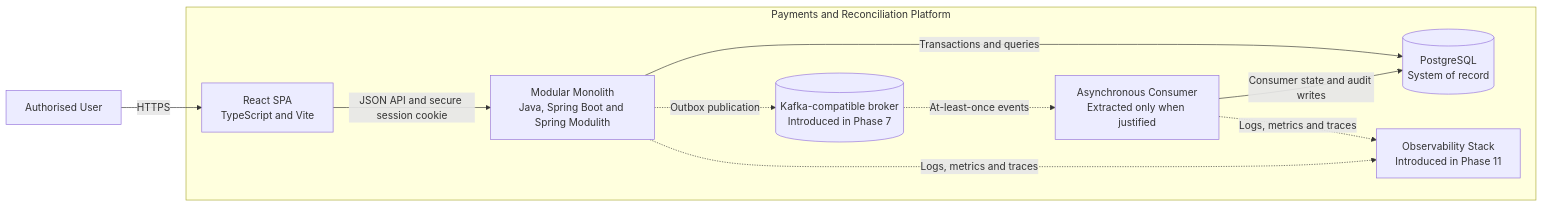
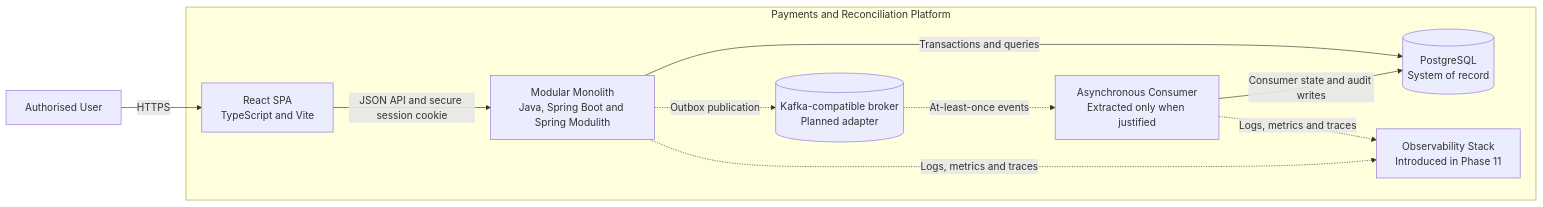
The second of 5 diagrams in docs/architecture/overview.md (SamHarrison1999/event-driven-payments-platform), drawn with Mermaid before and after one commit. The commit also changed other lines of this file and 8 other files, not shown here.

````diff
--- a/docs/architecture/overview.md
+++ b/docs/architecture/overview.md
@@ -162,22 +164,22 @@
 ```mermaid
 flowchart LR
     user["Authorised User"]
 
     subgraph platform["Payments and Reconciliation Platform"]
         web["React SPA<br/>TypeScript and Vite"]
         api["Modular Monolith<br/>Java, Spring Boot and Spring Modulith"]
         database[("PostgreSQL<br/>System of record")]
-        broker[("Kafka-compatible broker<br/>Introduced in Phase 7")]
+        broker[("Kafka-compatible broker<br/>Planned adapter")]
         consumer["Asynchronous Consumer<br/>Extracted only when justified"]
         telemetry["Observability Stack<br/>Introduced in Phase 11"]
     end
 
     user -->|"HTTPS"| web
     web -->|"JSON API and secure session cookie"| api
     api -->|"Transactions and queries"| database
     api -.->|"Outbox publication"| broker
     broker -.->|"At-least-once events"| consumer
     consumer -->|"Consumer state and audit writes"| database
     api -.->|"Logs, metrics and traces"| telemetry
     consumer -.->|"Logs, metrics and traces"| telemetry
 ```
````
